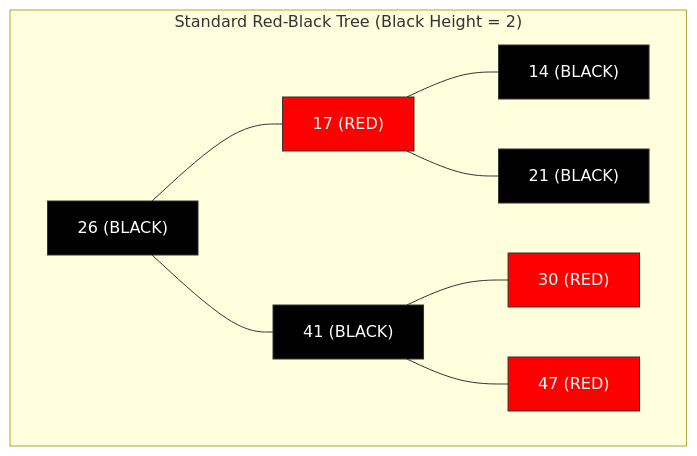
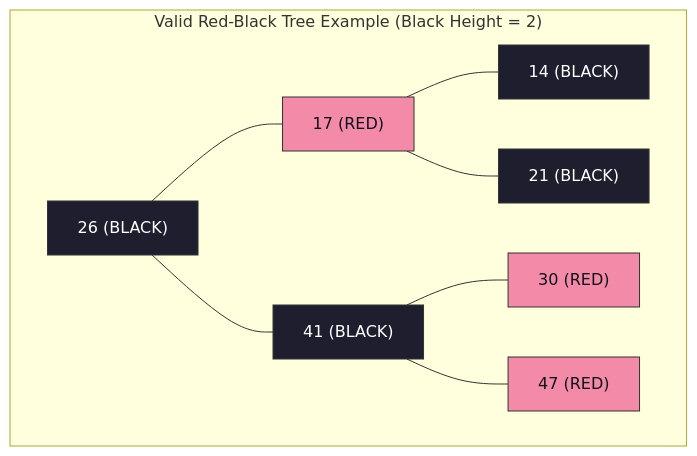
The first of 16 diagrams in notes/design_and_analysis_of_algorithms/DAA_Unit4_RedBlackTrees_AdvancedDS.md (DeepLumiere/DeepSkills), drawn with Mermaid before and after one commit. The commit also changed other lines of this file, not shown here.

First line of the commit message:
fix: overhaul Unit 4 with colorful Mermaid diagrams for RBT, Binomial, and Fibonacci Heaps

````diff
--- a/notes/design_and_analysis_of_algorithms/DAA_Unit4_RedBlackTrees_AdvancedDS.md
+++ b/notes/design_and_analysis_of_algorithms/DAA_Unit4_RedBlackTrees_AdvancedDS.md
@@ -27,19 +27,19 @@
 ```mermaid
 flowchart TD
-    subgraph "Standard Red-Black Tree (Black Height = 2)"
+    subgraph "Valid Red-Black Tree Example (Black Height = 2)"
         R["26 (BLACK)"] --- N17["17 (RED)"]
         R --- N41["41 (BLACK)"]
         N17 --- N14["14 (BLACK)"]
         N17 --- N21["21 (BLACK)"]
         N41 --- N30["30 (RED)"]
         N41 --- N47["47 (RED)"]
 
-        style R fill:#000,stroke:#333,color:#fff
-        style N17 fill:#f00,stroke:#333,color:#fff
-        style N41 fill:#000,stroke:#333,color:#fff
-        style N14 fill:#000,stroke:#333,color:#fff
-        style N21 fill:#000,stroke:#333,color:#fff
-        style N30 fill:#f00,stroke:#333,color:#fff
-        style N47 fill:#f00,stroke:#333,color:#fff
+        style R fill:#1e1e2e,stroke:#333,color:#fff
+        style N17 fill:#f38ba8,stroke:#333,color:#11111b
+        style N41 fill:#1e1e2e,stroke:#333,color:#fff
+        style N14 fill:#1e1e2e,stroke:#333,color:#fff
+        style N21 fill:#1e1e2e,stroke:#333,color:#fff
+        style N30 fill:#f38ba8,stroke:#333,color:#11111b
+        style N47 fill:#f38ba8,stroke:#333,color:#11111b
     end
 ```
````
